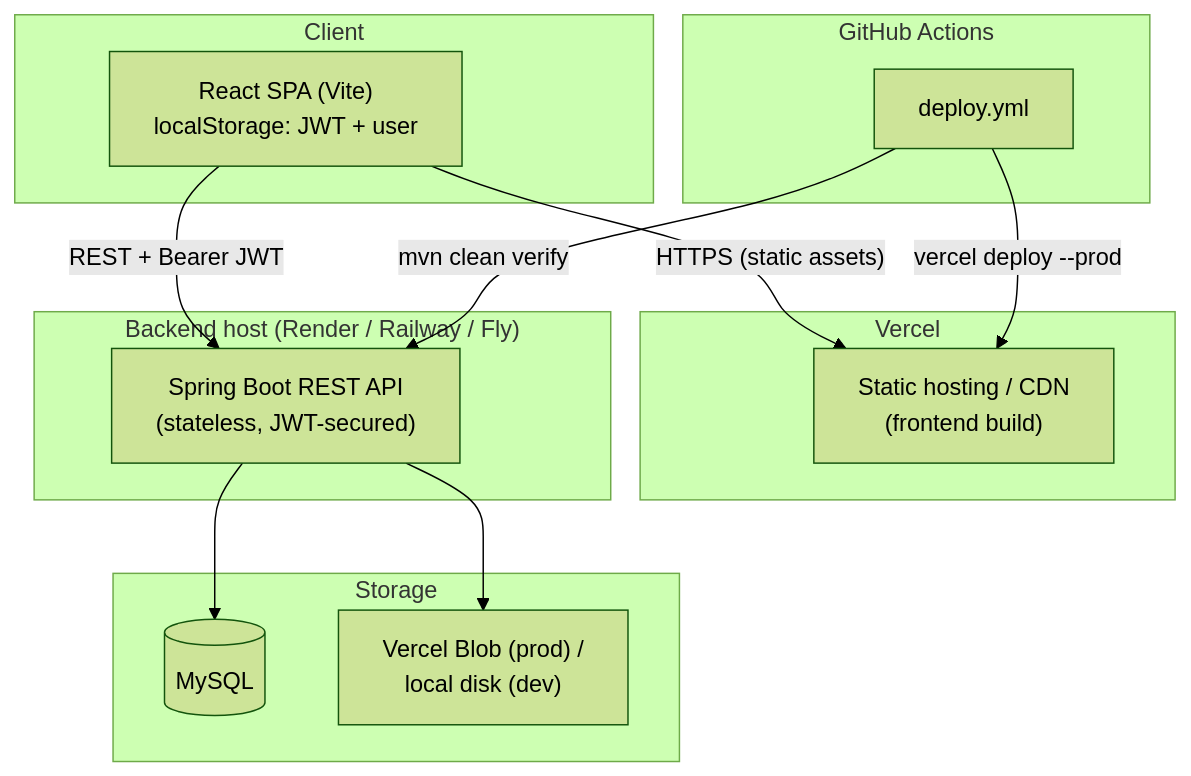
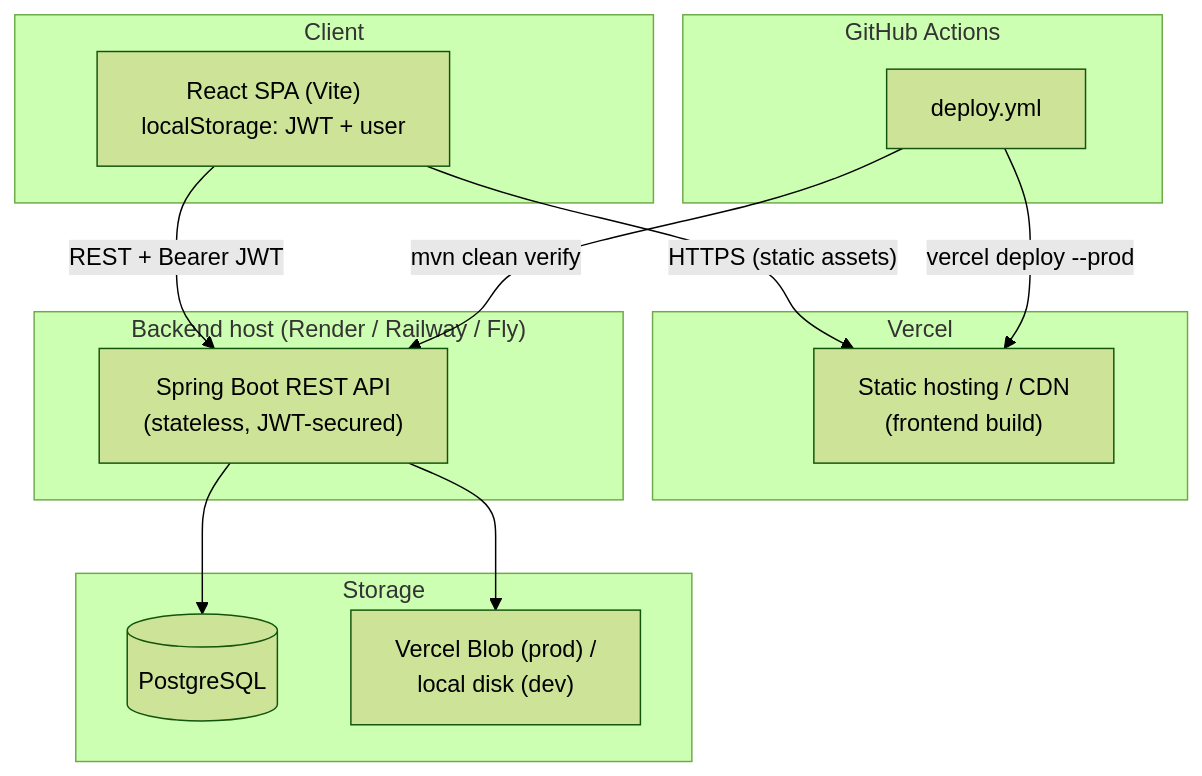
One commit to kanchamvamshikrishna/SocialMedia changed the first of 7 diagrams in ARCHITECTURE.md. Above: the diagram before and after it, drawn with Mermaid (forest theme). The commit also changed other lines of this file and 3 other files, not shown here.

First line of the commit message:
Migrate database from MySQL to PostgreSQL

````diff
--- a/ARCHITECTURE.md
+++ b/ARCHITECTURE.md
@@ -19,30 +19,30 @@
 ```mermaid
 flowchart TB
     subgraph Client["Client"]
         Browser["React SPA (Vite)<br/>localStorage: JWT + user"]
     end
 
     subgraph Vercel["Vercel"]
         CDN["Static hosting / CDN<br/>(frontend build)"]
     end
 
     subgraph BackendHost["Backend host (Render / Railway / Fly)"]
         API["Spring Boot REST API<br/>(stateless, JWT-secured)"]
     end
 
     subgraph Storage["Storage"]
-        MySQL[("MySQL")]
+        Postgres[("PostgreSQL")]
         Blob["Vercel Blob (prod) /<br/>local disk (dev)"]
     end
 
     subgraph CI["GitHub Actions"]
         Workflow["deploy.yml"]
     end
 
     Browser -->|"HTTPS (static assets)"| CDN
     Browser -->|"REST + Bearer JWT"| API
-    API --> MySQL
+    API --> Postgres
     API --> Blob
     Workflow -->|"mvn clean verify"| API
     Workflow -->|"vercel deploy --prod"| CDN
 ```
````
